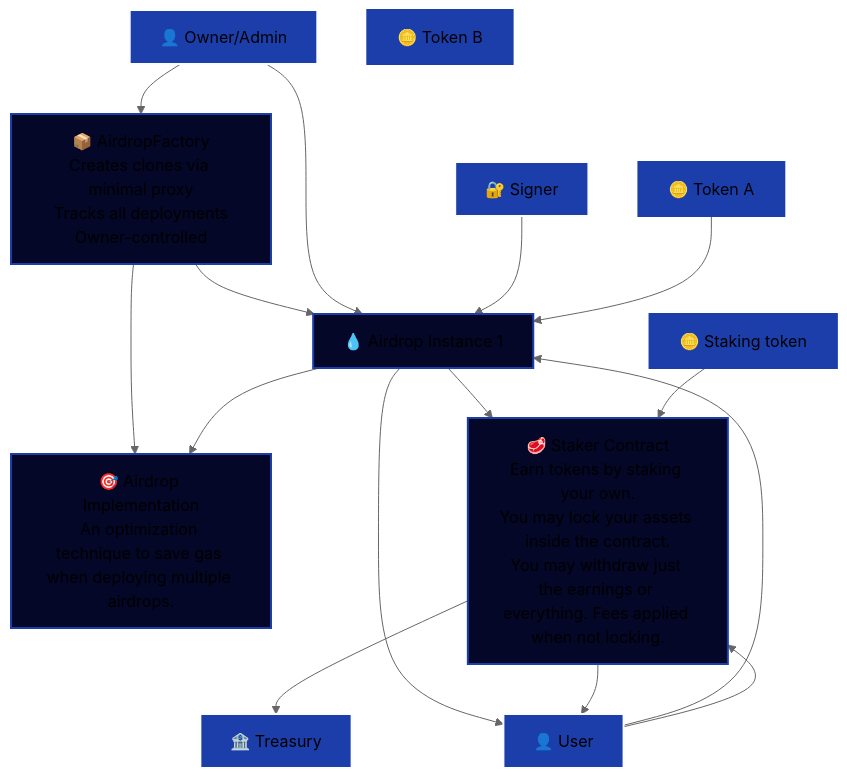
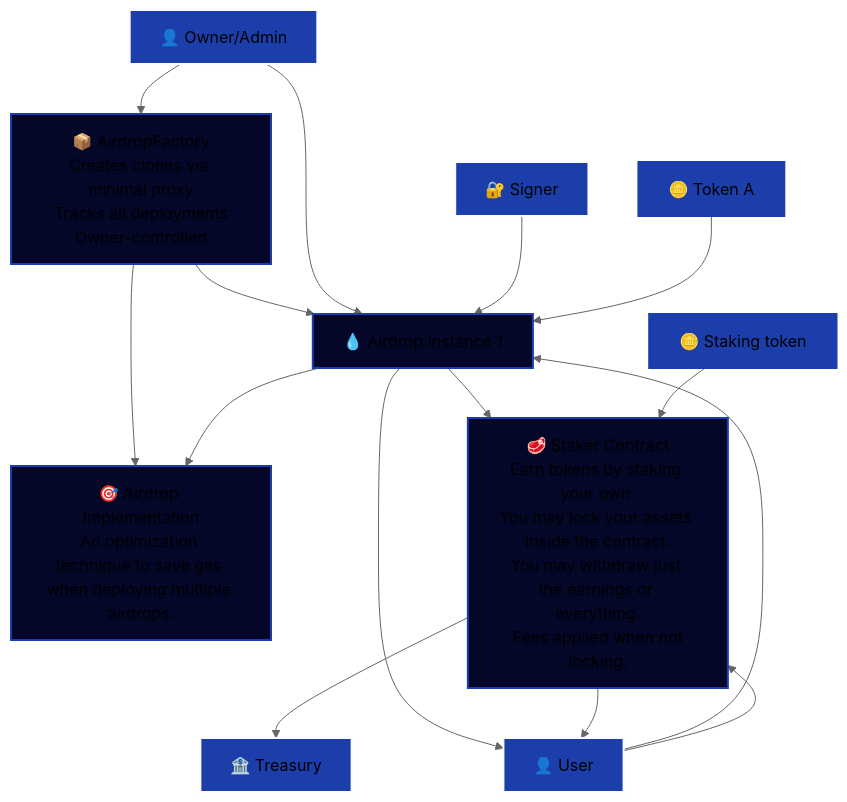
One commit to dragonswap-app/dragonswap-airdrop-and-staker changed the diagram in script/README.md. Above: the diagram before and after it, drawn with Mermaid (neutral theme). The commit also changed other lines of this file, not shown here.

````diff
--- a/script/README.md
+++ b/script/README.md
@@ -207,57 +207,56 @@
 ```mermaid
 graph TB
     %% External Entities
     Owner["👤 Owner/Admin"]
     User["👤 User"]
     Treasury["🏦 Treasury"]
     Signer["🔐 Signer"]
     
     %% Core Contracts
     Factory["📦 AirdropFactory<br/>Creates clones via minimal proxy<br/>Tracks all deployments<br/>Owner-controlled"]
     
     Implementation["🎯 Airdrop Implementation<br/>An optimization technique to save gas when deploying multiple airdrops."]
     
     AirdropInstance1["💧 Airdrop Instance 1"]
     
-    Staker["🥩 Staker Contract<br/>Earn tokens by staking your own.</br>You may lock your assets inside the contract.</br>You may withdraw just the earnings or everything. Fees applied when not locking."]
+    Staker["🥩 Staker Contract<br/>Earn tokens by staking your own.</br>You may lock your assets inside the contract.</br>You may withdraw just the earnings or everything.</br> Fees applied when not locking."]
     
     %% Tokens
     Token1["🪙 Token A"]
-    Token2["🪙 Token B"]
     RewardTokens["🪙 Staking token"]
     
     %% Factory Relationships
     Owner --> Factory
     Factory --> Implementation
     Factory --> AirdropInstance1
 
     
     %% Airdrop Management
     Owner --> AirdropInstance1
     User --> AirdropInstance1
     Signer --> AirdropInstance1
     
     %% Core Flow
     AirdropInstance1 --> Staker
     AirdropInstance1 --> User
     AirdropInstance1 --> Implementation
     
     %% Staker Operations
     User --> Staker
     Staker --> Treasury
     Staker --> User
 
     
     %% Token Relationships
     Token1 --> AirdropInstance1
     RewardTokens --> Staker
     
     %% Styling
     classDef contractClass fill:#040728,stroke:#1c3eab,stroke-width:2px
     classDef userClass fill:#1c3eab,stroke:#fcfcfc,stroke-width:2px
     classDef tokenClass fill:#1c3eab,stroke:#1c3eab,stroke-width:2px
     
     class Factory,Implementation,AirdropInstance1,Staker contractClass
     class Owner,User,Treasury,Signer userClass
     class Token1,Token2,RewardTokens tokenClass
 ```
````
